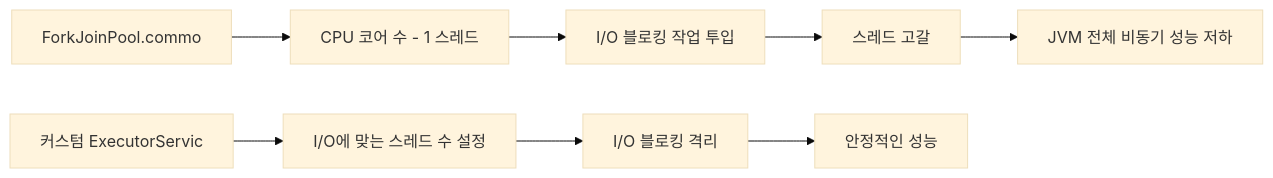
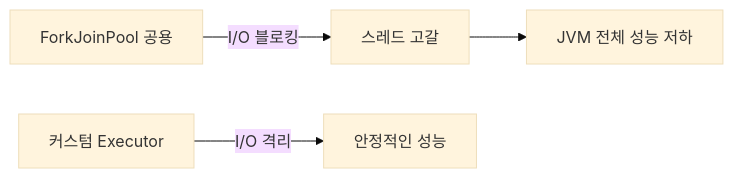
The third of 3 diagrams in _posts/java/2026-05-01-java-completablefuture.md (yjkim2015/yjkim2015.github.io), drawn with Mermaid (base theme) before and after one commit. The commit also changed 163 other files, not shown here.

First line of the commit message:
Mermaid 300개 블록 내용 축소: 5노드 5엣지 이하, 의미 있는 약어

````diff
--- a/_posts/java/2026-05-01-java-completablefuture.md
+++ b/_posts/java/2026-05-01-java-completablefuture.md
@@ -477,10 +477,6 @@
 ```mermaid
-flowchart LR
-    A["ForkJoinPool.commo"] --> B["CPU 코어 수 - 1 스레드"]
-    B --> C["I/O 블로킹 작업 투입"]
-    C --> D["스레드 고갈"]
-    D --> E["JVM 전체 비동기 성능 저하"]
-    F["커스텀 ExecutorServic"] --> G["I/O에 맞는 스레드 수 설정"]
-    G --> H["I/O 블로킹 격리"]
-    H --> I["안정적인 성능"]
+graph LR
+    A["ForkJoinPool 공용"] -->|"I/O 블로킹"| B["스레드 고갈"]
+    B --> C["JVM 전체 성능 저하"]
+    D["커스텀 Executor"] -->|"I/O 격리"| E["안정적인 성능"]
 ```
````
